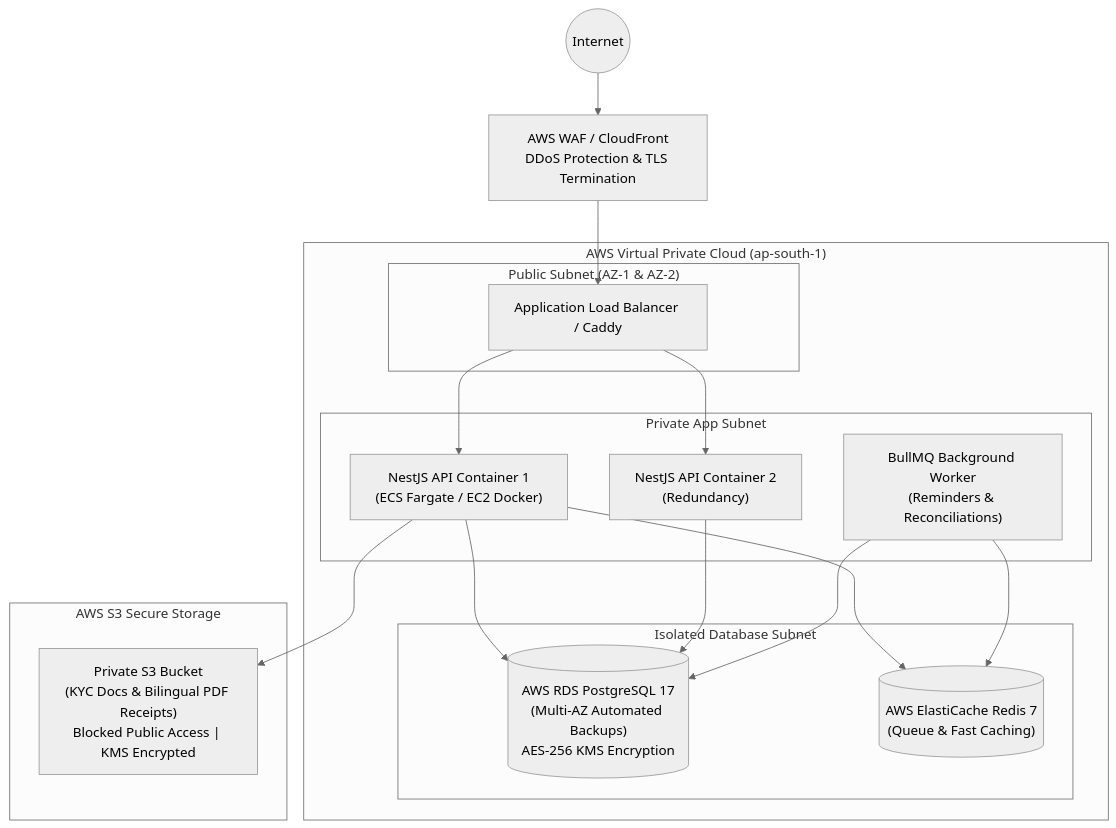
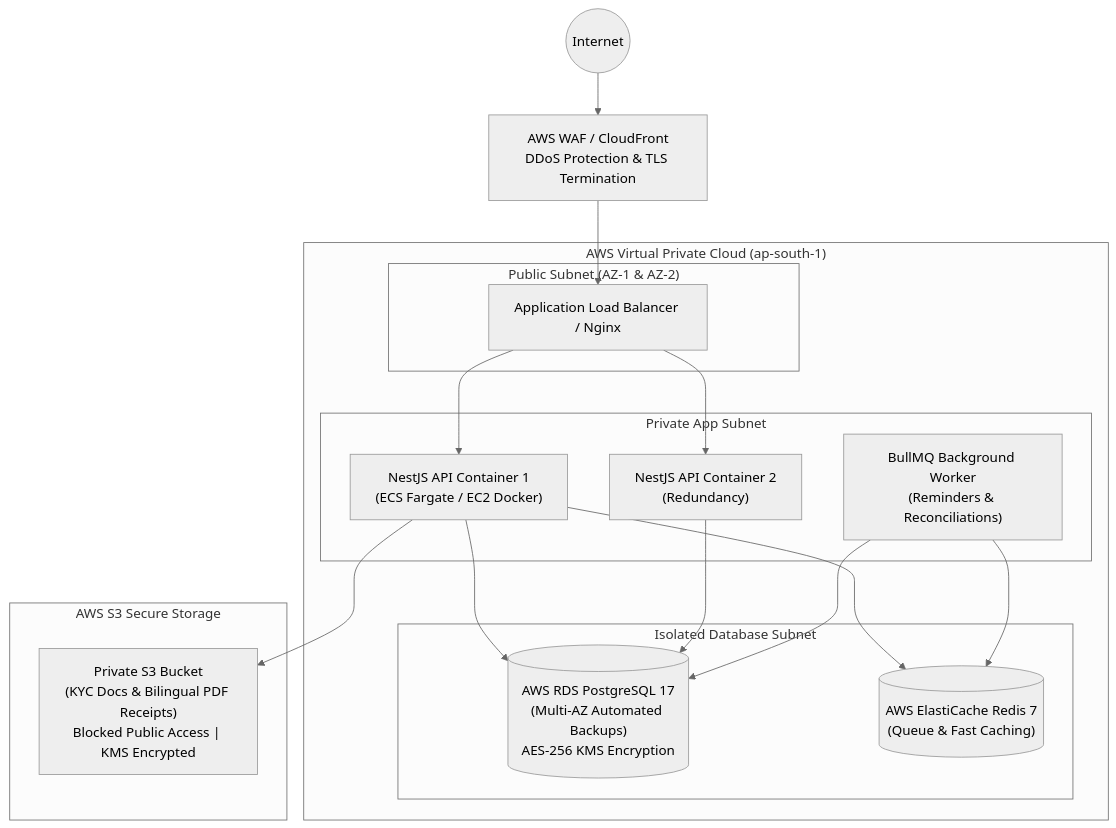
One commit to Kathir-24/Kumaran-finance changed the diagram in docs/06-devops/infrastructure-and-drp.md. Above: the diagram before and after it, drawn with Mermaid (neutral theme). The commit also changed 18 other files, not shown here.

````diff
--- a/docs/06-devops/infrastructure-and-drp.md
+++ b/docs/06-devops/infrastructure-and-drp.md
@@ -11,35 +11,35 @@
 ```mermaid
 flowchart TD
     Internet((Internet)) --> WAF[AWS WAF / CloudFront\nDDoS Protection & TLS Termination]
-    WAF --> ALB[Application Load Balancer / Caddy]
+    WAF --> ALB[Application Load Balancer / Nginx]
 
     subgraph VPC["AWS Virtual Private Cloud (ap-south-1)"]
         subgraph PublicSubnet["Public Subnet (AZ-1 & AZ-2)"]
             ALB
         end
 
         subgraph PrivateSubnet["Private App Subnet"]
             App1["NestJS API Container 1\n(ECS Fargate / EC2 Docker)"]
             App2["NestJS API Container 2\n(Redundancy)"]
             Worker["BullMQ Background Worker\n(Reminders & Reconciliations)"]
         end
 
         subgraph SecureDataSubnet["Isolated Database Subnet"]
             RDS[("AWS RDS PostgreSQL 17\n(Multi-AZ Automated Backups)\nAES-256 KMS Encryption")]
             Redis[("AWS ElastiCache Redis 7\n(Queue & Fast Caching)")]
         end
     end
 
     subgraph S3Bucket["AWS S3 Secure Storage"]
         KYCBucket["Private S3 Bucket\n(KYC Docs & Bilingual PDF Receipts)\nBlocked Public Access | KMS Encrypted"]
     end
 
     ALB --> App1
     ALB --> App2
     App1 --> RDS
     App2 --> RDS
     App1 --> Redis
     Worker --> Redis
     Worker --> RDS
     App1 --> KYCBucket
 ```
````
